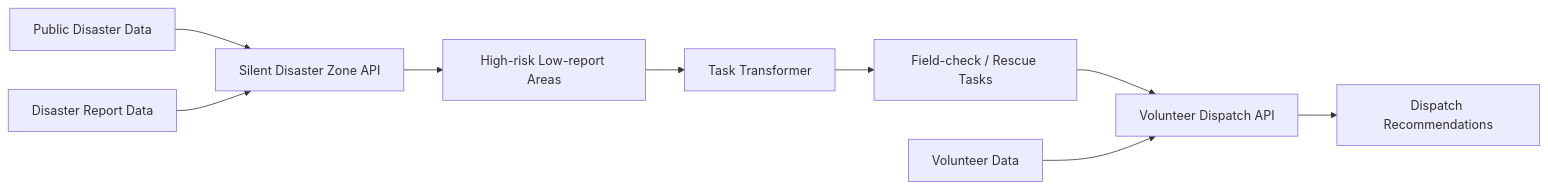
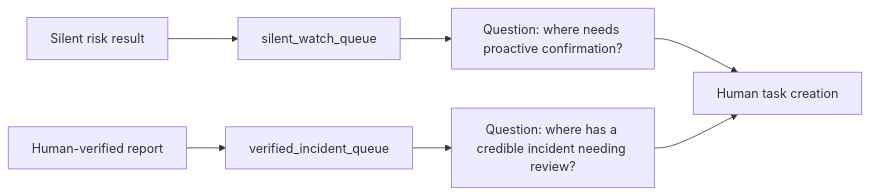
Before and after one commit to cloud-driver/disaster-resilience-components: the third of 5 diagrams in docs/diagrams.en.md, drawn with Mermaid. The commit also changed other lines of this file and 32 other files, not shown here.

````diff
--- a/docs/diagrams.en.md
+++ b/docs/diagrams.en.md
@@ -9,11 +42,9 @@
 ```mermaid
 flowchart LR
-    A[Public Disaster Data] --> B[Silent Disaster Zone API]
-    C[Disaster Report Data] --> B
-    B --> D[High-risk Low-report Areas]
-    D --> E[Task Transformer]
-    E --> F[Field-check / Rescue Tasks]
-    F --> G[Volunteer Dispatch API]
-    H[Volunteer Data] --> G
-    G --> I[Dispatch Recommendations]
+  A[Silent risk result] --> B[silent_watch_queue]
+  C[Human-verified report] --> D[verified_incident_queue]
+  B --> E[Question: where needs proactive confirmation?]
+  D --> F[Question: where has a credible incident needing review?]
+  E --> G[Human task creation]
+  F --> G
 ```
````
